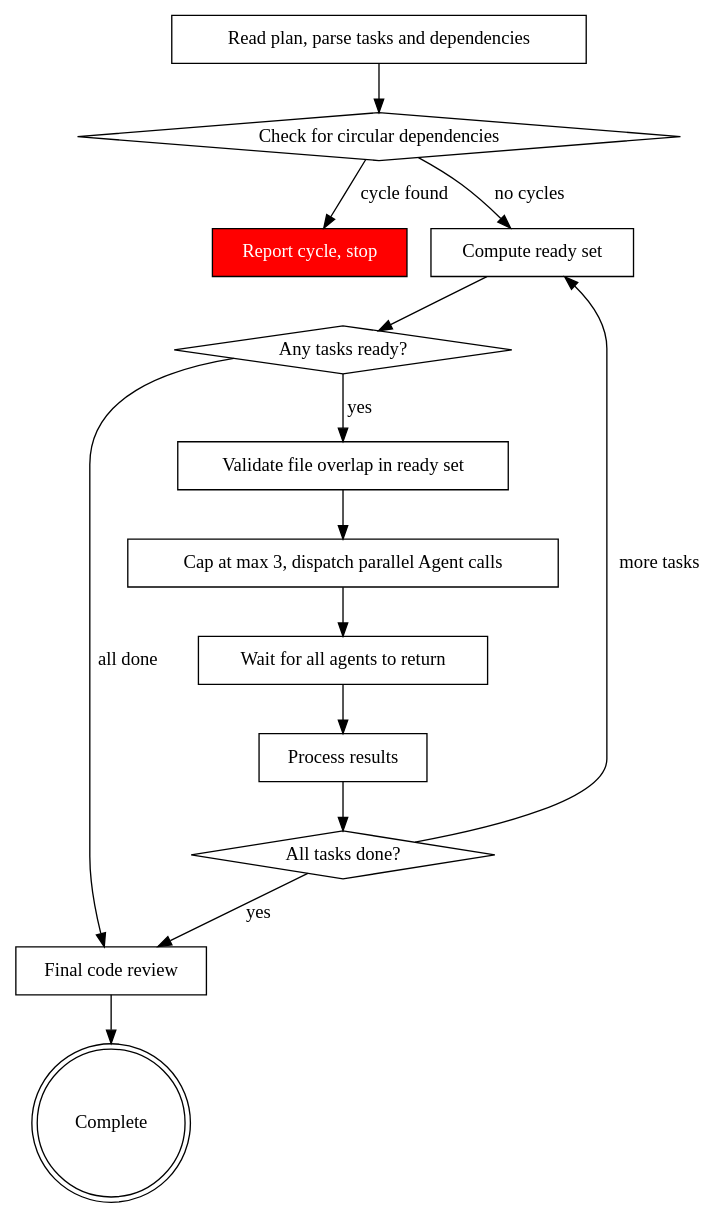
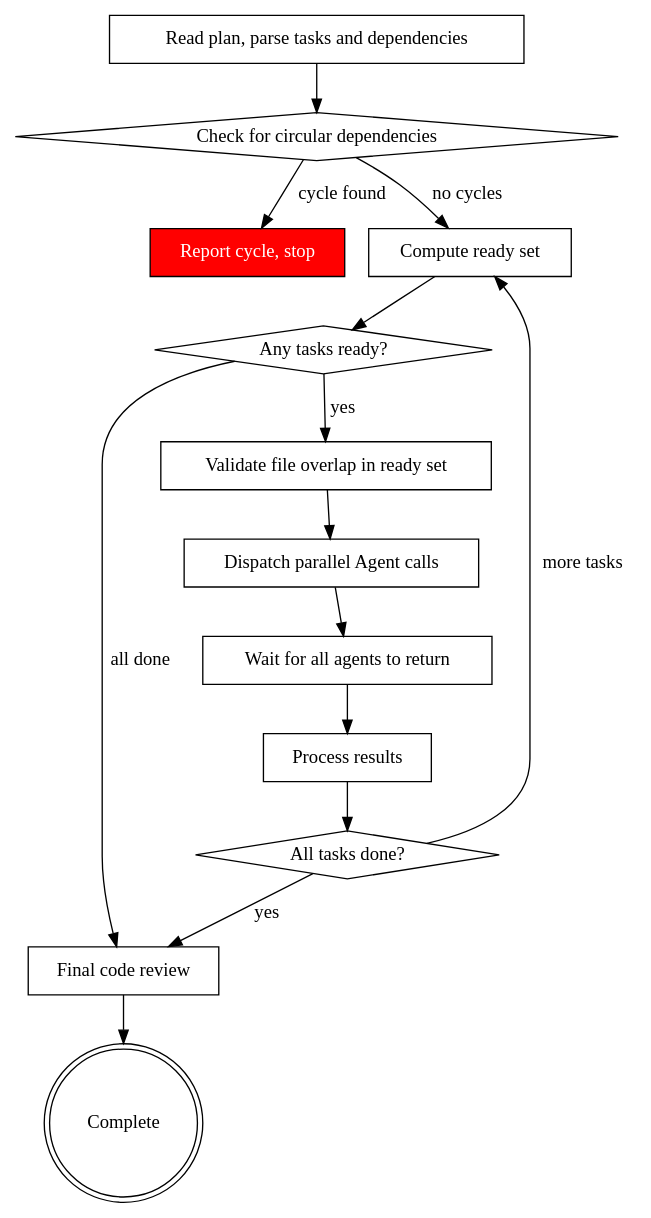
One commit to iclinic/afyapowers changed the diagram in skills/subagent-driven-development/SKILL.md. Above: the diagram before and after it, drawn with Graphviz. The commit also changed other lines of this file, not shown here.

Commit message:
feat: remove max subagents cap

````diff
--- a/skills/subagent-driven-development/SKILL.md
+++ b/skills/subagent-driven-development/SKILL.md
@@ -14,32 +14,32 @@
 ```dot
 digraph process {
     rankdir=TB;
 
     "Read plan, parse tasks and dependencies" [shape=box];
     "Check for circular dependencies" [shape=diamond];
     "Report cycle, stop" [shape=box, style=filled, fillcolor=red, fontcolor=white];
     "Compute ready set" [shape=box];
     "Any tasks ready?" [shape=diamond];
     "Validate file overlap in ready set" [shape=box];
-    "Cap at max 3, dispatch parallel Agent calls" [shape=box];
+    "Dispatch parallel Agent calls" [shape=box];
     "Wait for all agents to return" [shape=box];
     "Process results" [shape=box];
     "All tasks done?" [shape=diamond];
     "Final code review" [shape=box];
     "Complete" [shape=doublecircle];
 
     "Read plan, parse tasks and dependencies" -> "Check for circular dependencies";
     "Check for circular dependencies" -> "Report cycle, stop" [label="cycle found"];
     "Check for circular dependencies" -> "Compute ready set" [label="no cycles"];
     "Compute ready set" -> "Any tasks ready?";
     "Any tasks ready?" -> "Final code review" [label="all done"];
     "Any tasks ready?" -> "Validate file overlap in ready set" [label="yes"];
-    "Validate file overlap in ready set" -> "Cap at max 3, dispatch parallel Agent calls";
-    "Cap at max 3, dispatch parallel Agent calls" -> "Wait for all agents to return";
+    "Validate file overlap in ready set" -> "Dispatch parallel Agent calls";
+    "Dispatch parallel Agent calls" -> "Wait for all agents to return";
     "Wait for all agents to return" -> "Process results";
     "Process results" -> "All tasks done?";
     "All tasks done?" -> "Compute ready set" [label="more tasks"];
     "All tasks done?" -> "Final code review" [label="yes"];
     "Final code review" -> "Complete";
 }
 ```
````
